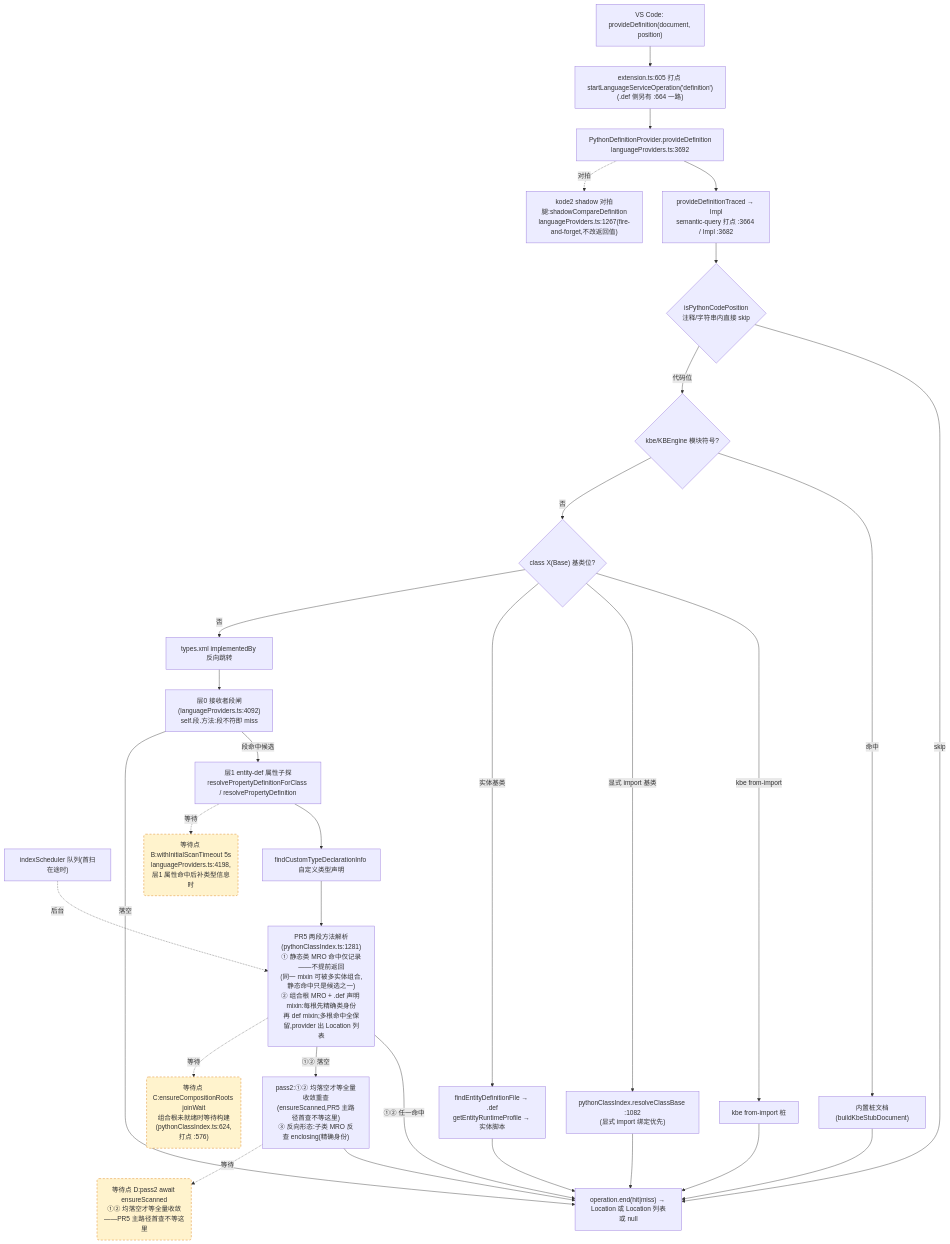
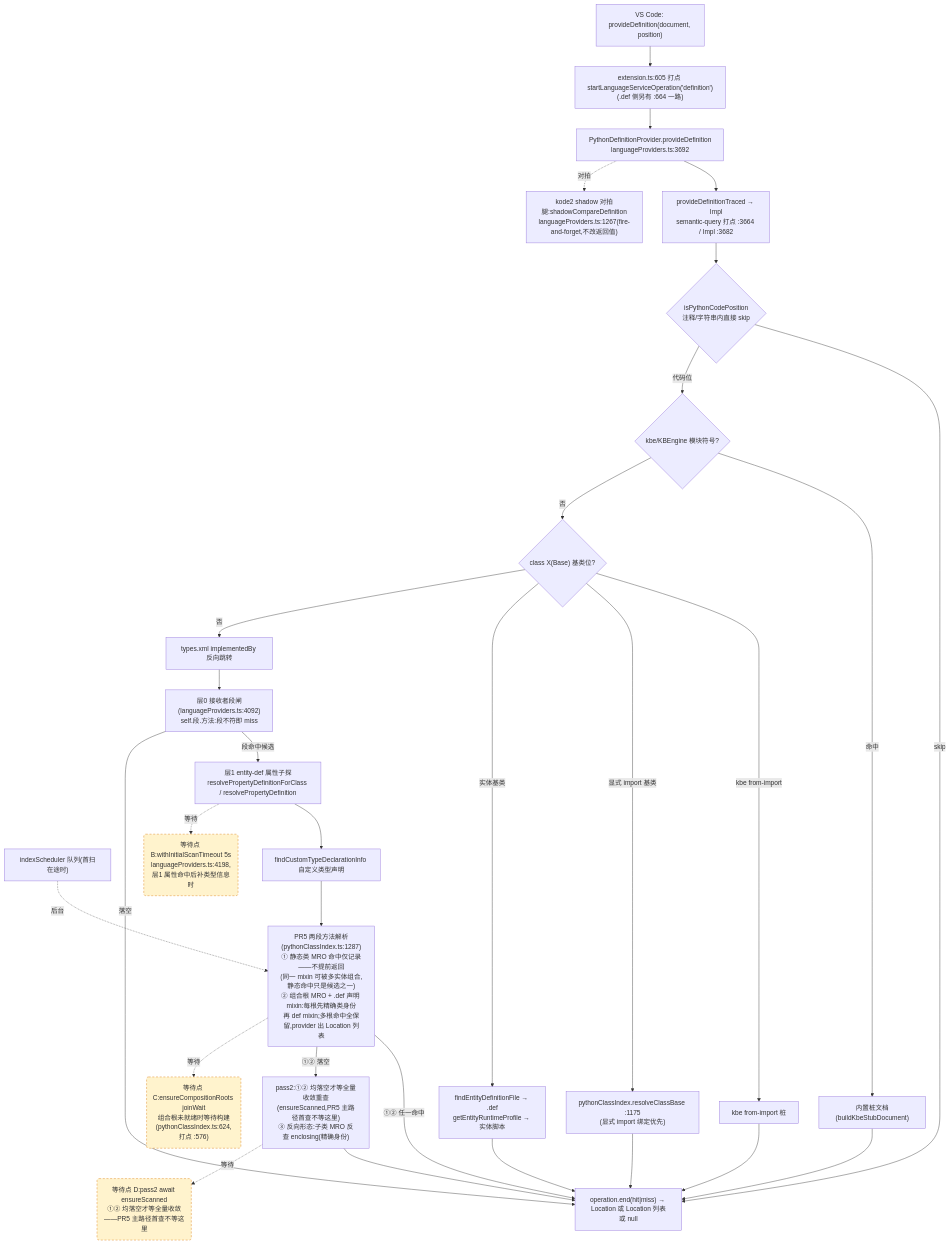
One commit to cuihairu/kode changed the second of 4 diagrams in docs/perf/2026-baseline.md. Above: the diagram before and after it, drawn with Mermaid. The commit also changed 5 other files, not shown here.

````diff
--- a/docs/perf/2026-baseline.md
+++ b/docs/perf/2026-baseline.md
@@ -130,51 +130,51 @@
 ```mermaid
 flowchart TD
   VC2["VS Code: provideDefinition(document, position)"]
   M2["extension.ts:605 打点 startLanguageServiceOperation('definition')<br/>(.def 侧另有 :664 一路)"]
   AD2["PythonDefinitionProvider.provideDefinition<br/>languageProviders.ts:3692"]
   TR["provideDefinitionTraced → Impl<br/>semantic-query 打点 :3664 / Impl :3682"]
   CTX{"isPythonCodePosition<br/>注释/字符串内直接 skip"}
   KBE{"kbe/KBEngine 模块符号?"}
   STUB["内置桩文档(buildKbeStubDocument)"]
   CB{"class X(Base) 基类位?"}
   CB1["kbe from-import 桩"]
-  CB2["pythonClassIndex.resolveClassBase :1082<br/>(显式 import 绑定优先)"]
+  CB2["pythonClassIndex.resolveClassBase :1175<br/>(显式 import 绑定优先)"]
   CB3["findEntityDefinitionFile → .def<br/>getEntityRuntimeProfile → 实体脚本"]
   REV["types.xml implementedBy 反向跳转"]
   L0["层0 接收者段闸(languageProviders.ts:4092)<br/>self.段.方法:段不符即 miss"]
   L1["层1 entity-def 属性子探<br/>resolvePropertyDefinitionForClass / resolvePropertyDefinition"]
   SCAN["indexScheduler 队列(首扫在途时)"]
   TY["findCustomTypeDeclarationInfo 自定义类型声明"]
-  MRO["PR5 两段方法解析(pythonClassIndex.ts:1281)<br/>① 静态类 MRO 命中仅记录——不提前返回<br/>(同一 mixin 可被多实体组合,静态命中只是候选之一)<br/>② 组合根 MRO + .def 声明 mixin:每根先精确类身份<br/>再 def mixin;多根命中全保留,provider 出 Location 列表"]
+  MRO["PR5 两段方法解析(pythonClassIndex.ts:1287)<br/>① 静态类 MRO 命中仅记录——不提前返回<br/>(同一 mixin 可被多实体组合,静态命中只是候选之一)<br/>② 组合根 MRO + .def 声明 mixin:每根先精确类身份<br/>再 def mixin;多根命中全保留,provider 出 Location 列表"]
   PASS2["pass2:①② 均落空才等全量收敛重查<br/>(ensureScanned,PR5 主路径首查不等这里)<br/>③ 反向形态:子类 MRO 反查 enclosing(精确身份)"]
   SHD["kode2 shadow 对拍腿:shadowCompareDefinition<br/>languageProviders.ts:1267(fire-and-forget,不改返回值)"]
   END2["operation.end(hit|miss) → Location 或 Location 列表或 null"]
 
   VC2 --> M2 --> AD2 --> TR --> CTX
   CTX -- "skip" --> END2
   CTX -- "代码位" --> KBE
   KBE -- "命中" --> STUB --> END2
   KBE -- "否" --> CB
   CB -- "kbe from-import" --> CB1 --> END2
   CB -- "显式 import 基类" --> CB2 --> END2
   CB -- "实体基类" --> CB3 --> END2
   CB -- "否" --> REV --> L0
   L0 -- "段命中候选" --> L1
   L0 -- "落空" --> END2
   L1 --> TY
   TY --> MRO
   MRO -- "①② 任一命中" --> END2
   MRO -- "①② 落空" --> PASS2 --> END2
   AD2 -.->|对拍| SHD
 
   WAITB("等待点 B:withInitialScanTimeout 5s<br/>languageProviders.ts:4198,层1 属性命中后补类型信息时")
   WAITC("等待点 C:ensureCompositionRoots joinWait<br/>组合根未就绪时等待构建(pythonClassIndex.ts:624,打点 :576)")
   WAITD("等待点 D:pass2 await ensureScanned<br/>①② 均落空才等全量收敛——PR5 主路径首查不等这里")
   L1 -.->|等待| WAITB
   MRO -.->|等待| WAITC
   PASS2 -.->|等待| WAITD
   SCAN -.->|后台| MRO
 
   classDef waitPoint fill:#fff3cd,stroke:#d97706,stroke-dasharray:5 4;
   class WAITB,WAITC,WAITD waitPoint;
 ```
````
